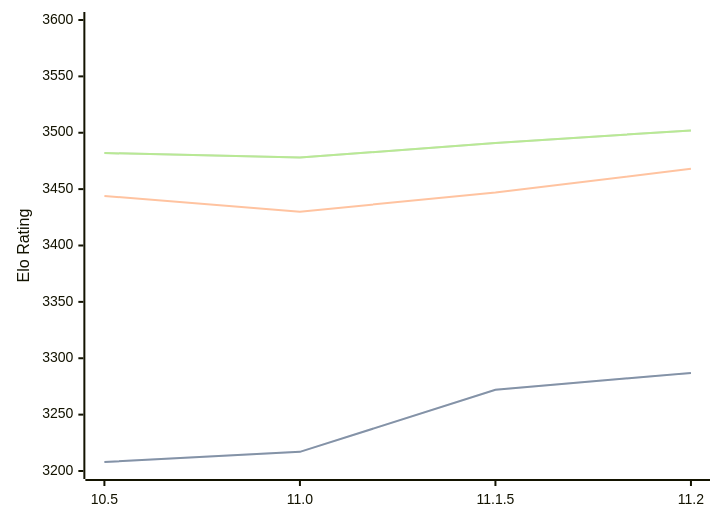
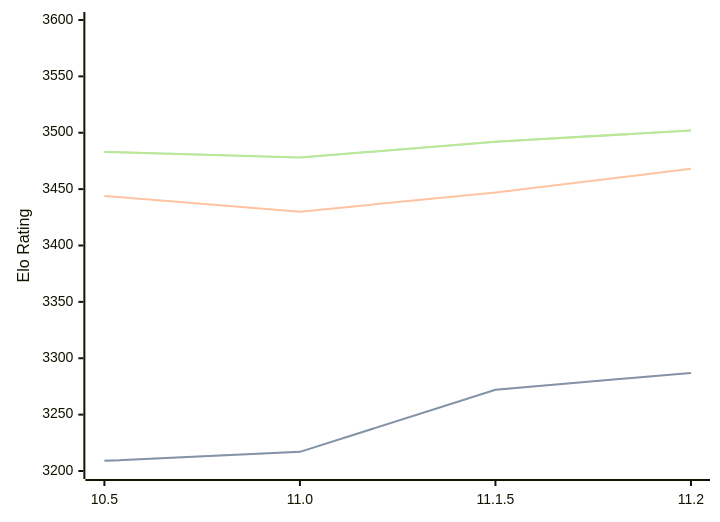
One commit to computer-chess-index/cci changed the third of 3 diagrams in engines/Lizard.md. Above: the diagram before and after it, drawn with Mermaid. The commit also changed other lines of this file, not shown here.

Commit message:
Update CCI Ratings (ELO VLTC) - 2026-07-17

````diff
--- a/engines/Lizard.md
+++ b/engines/Lizard.md
@@ -79,11 +79,11 @@
 ```mermaid
 %%{init: {"theme":"base","themeVariables":{"seriesColors:['#a3a3a3','#222221','#faa371']}}}%%
 xychart-beta
   x-axis ["10.5", "11.0", "11.1.5", "11.2"]
   y-axis "Elo Rating" 3200 --> 3600
-  line "STC (8.0+0.08s)" [3208, 3217, 3272, 3287]
-  line "STC (8.0+0.08s)" [3208, 3217, 3272, 3287]
+  line "STC (8.0+0.08s)" [3209, 3217, 3272, 3287]
+  line "STC (8.0+0.08s)" [3209, 3217, 3272, 3287]
   line "LTC (60.0+0.60s)" [3444, 3430, 3447, 3468]
-  line "VLTC (2m24s+1.12s)" [3482, 3478, 3491, 3502]
-  line "VLTC (2m24s+1.12s)" [3482, 3478, 3491, 3502]
+  line "VLTC (2m24s+1.12s)" [3483, 3478, 3492, 3502]
+  line "VLTC (2m24s+1.12s)" [3483, 3478, 3492, 3502]
 ```
````
